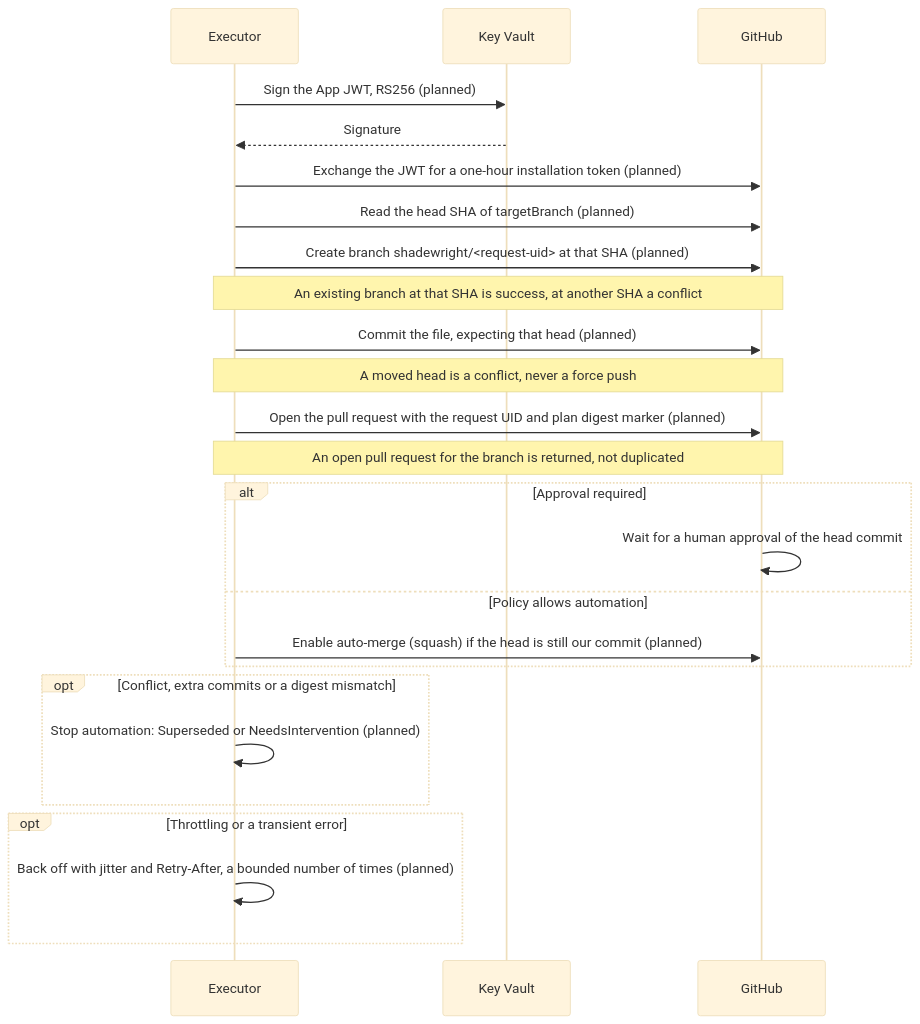
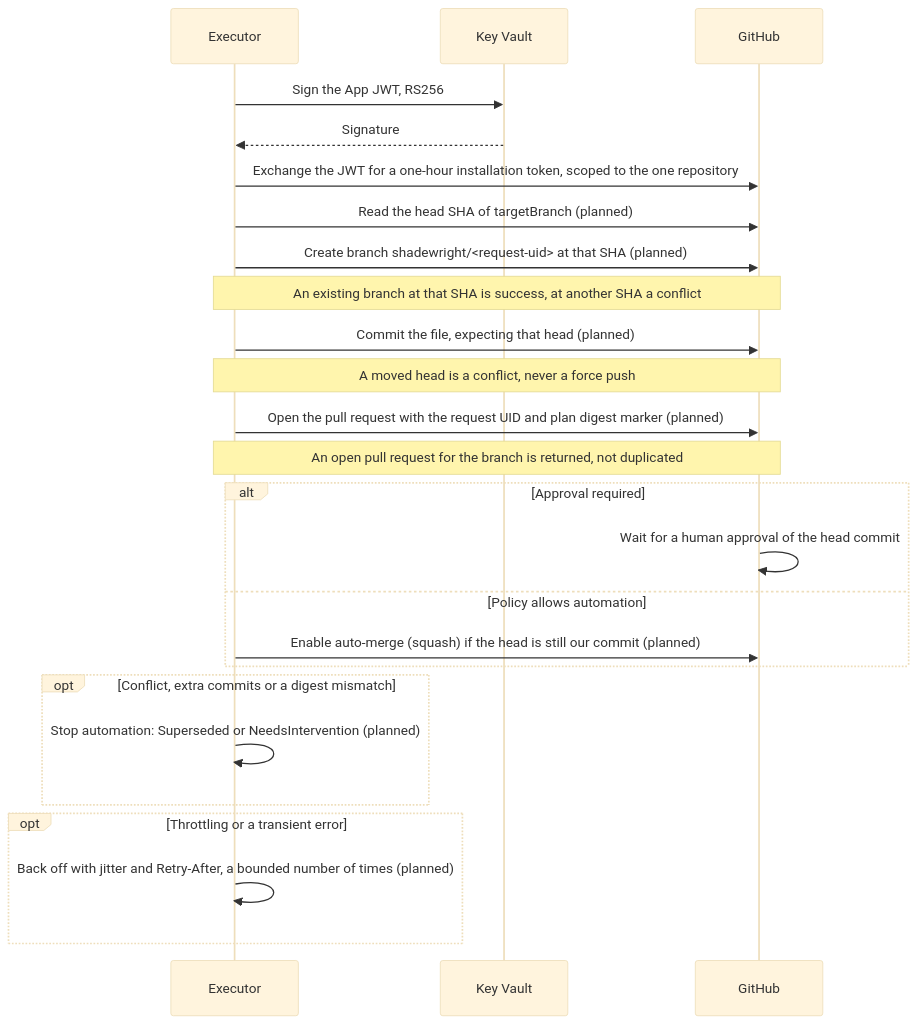
The fourth of 5 diagrams in docs/design.md (pkalin/shadewright), drawn with Mermaid (base theme) before and after one commit. The commit also changed other lines of this file and 6 other files, not shown here.

Commit message:
feat(gitops): authenticate as a GitHub App with a signer-backed installation token cache (#131)

````diff
--- a/docs/design.md
+++ b/docs/design.md
@@ -467,27 +467,27 @@
 ```mermaid
 sequenceDiagram
     participant E as Executor
     participant V as Key Vault
     participant G as GitHub
-    E->>V: Sign the App JWT, RS256 (planned)
+    E->>V: Sign the App JWT, RS256
     V-->>E: Signature
-    E->>G: Exchange the JWT for a one-hour installation token (planned)
+    E->>G: Exchange the JWT for a one-hour installation token, scoped to the one repository
     E->>G: Read the head SHA of targetBranch (planned)
     E->>G: Create branch shadewright/#lt;request-uid#gt; at that SHA (planned)
     Note over E,G: An existing branch at that SHA is success, at another SHA a conflict
     E->>G: Commit the file, expecting that head (planned)
     Note over E,G: A moved head is a conflict, never a force push
     E->>G: Open the pull request with the request UID and plan digest marker (planned)
     Note over E,G: An open pull request for the branch is returned, not duplicated
     alt Approval required
         G->>G: Wait for a human approval of the head commit
     else Policy allows automation
         E->>G: Enable auto-merge (squash) if the head is still our commit (planned)
     end
     opt Conflict, extra commits or a digest mismatch
         E->>E: Stop automation: Superseded or NeedsIntervention (planned)
     end
     opt Throttling or a transient error
         E->>E: Back off with jitter and Retry-After, a bounded number of times (planned)
     end
 ```
````
